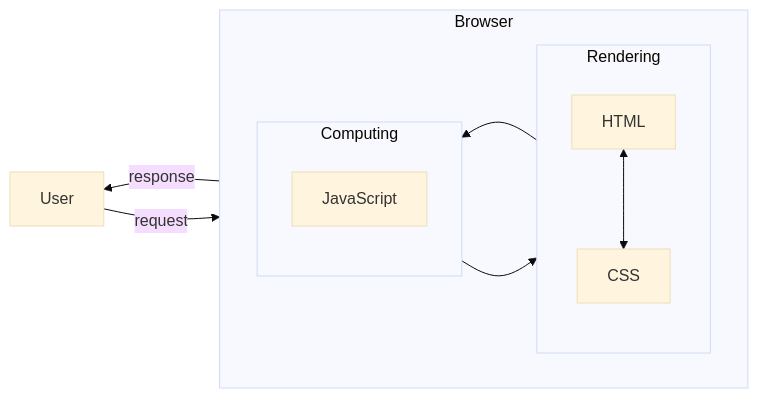
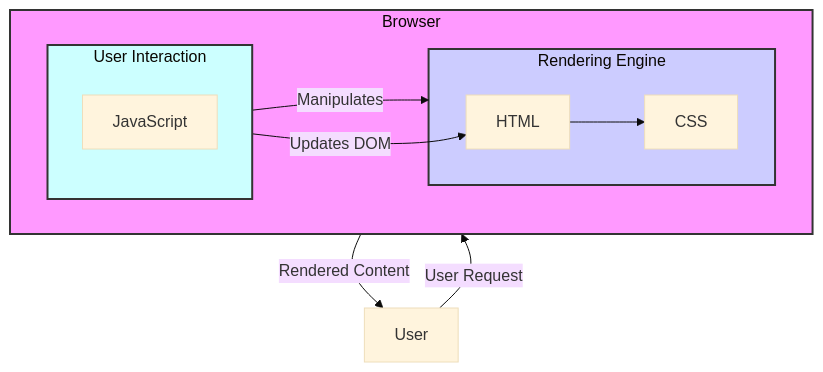
The fifth of 10 diagrams in _posts/2024/2024-01-12-the-evolution-of-the-web-from-html-to-webassembly.md (cesarsotovalero/cesarsotovalero.github.io), drawn with Mermaid before and after one commit. The commit also changed other lines of this file, not shown here.

````diff
--- a/_posts/2024/2024-01-12-the-evolution-of-the-web-from-html-to-webassembly.md
+++ b/_posts/2024/2024-01-12-the-evolution-of-the-web-from-html-to-webassembly.md
@@ -286,18 +286,21 @@
 ```mermaid
 %%{init: {'theme':'base'}}%%
-flowchart RL  
-  subgraph Browser
-    direction RL
-    subgraph Computing
-       JavaScript
-    end 
-    subgraph Rendering
-            
-        HTML <--> CSS
-    end    
-  end
-  Rendering --> Computing
-  Computing --> Rendering
-  User -- request --> Browser  
-  Browser -- response --> User
+flowchart
+    subgraph Browser["Browser"]
+        subgraph UserInteraction["User Interaction"]
+            JS["JavaScript"]
+        end
+        subgraph RenderEngine["Rendering Engine"]
+            HTML["HTML"] --> CSS["CSS"]
+        end
+    end
+    UserInteraction -->|Manipulates| RenderEngine
+    UserInteraction -->|Updates DOM| HTML
+    CSS
+    User -- "User Request" --> Browser
+    Browser -- "Rendered Content" --> User
+
+    style Browser fill:#f9f,stroke:#333,stroke-width:2px
+    style RenderEngine fill:#ccf,stroke:#333,stroke-width:2px
+    style UserInteraction fill:#cff,stroke:#333,stroke-width:2px
 ```
````
